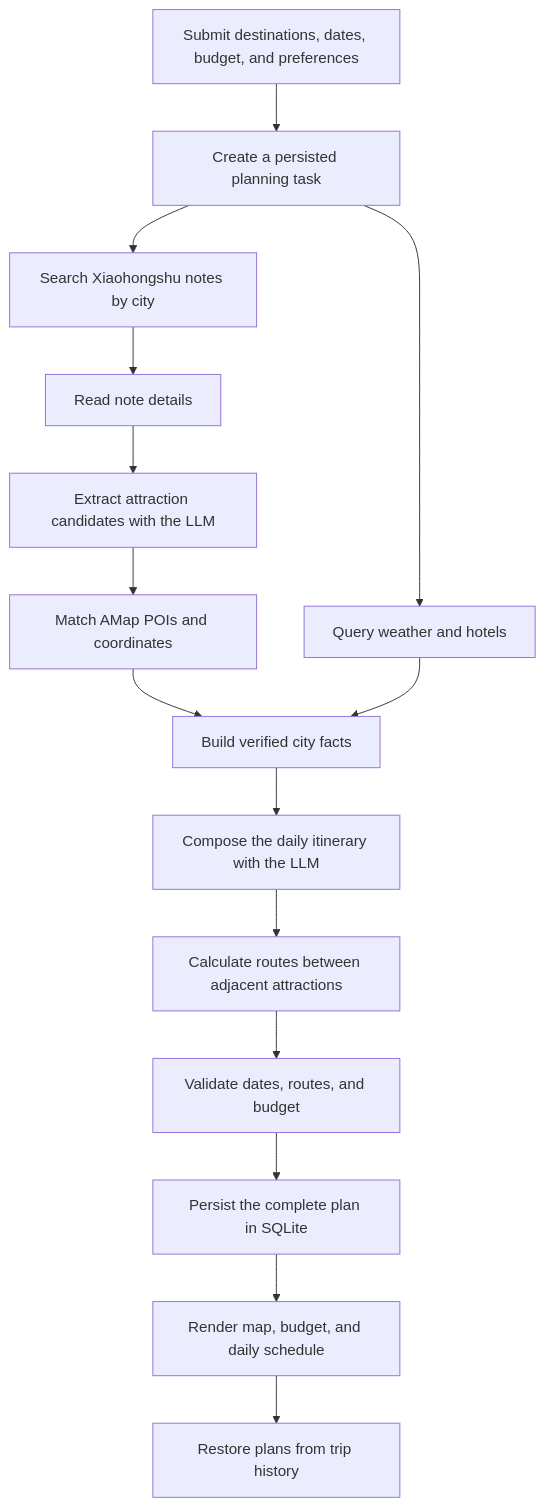
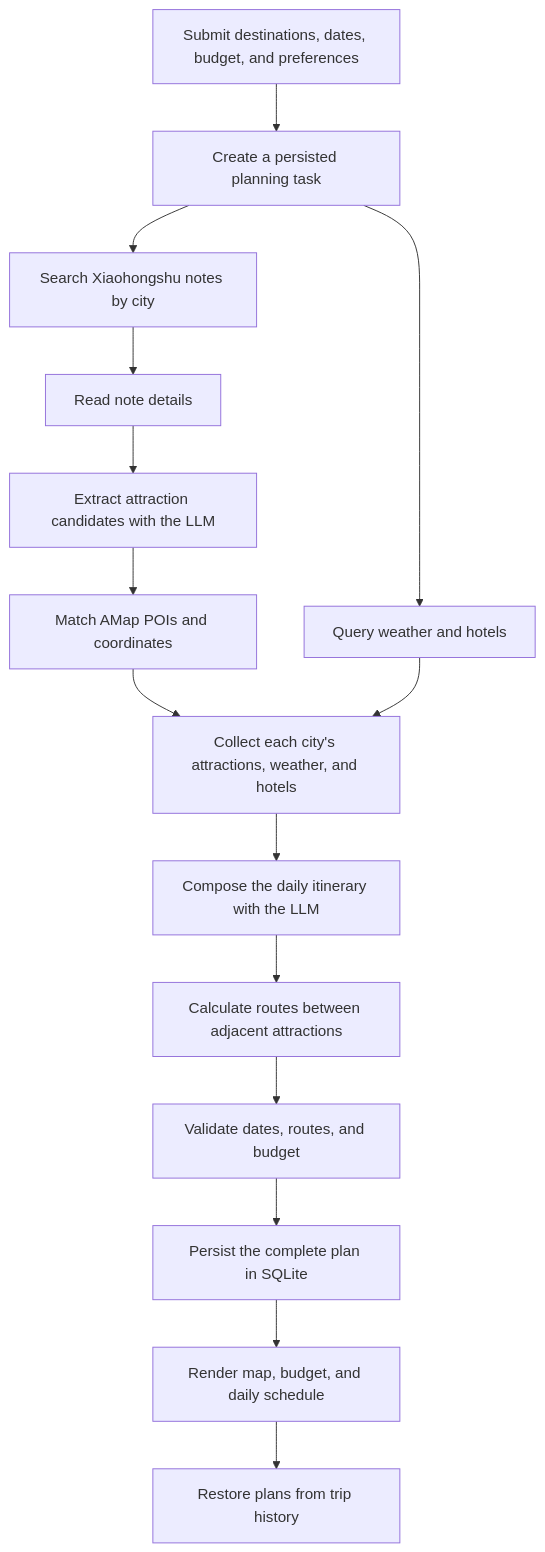
Before and after one commit to dolt-y/TravelMind-AI: the first of 2 diagrams in README_en.md, drawn with Mermaid. The commit also changed other lines of this file and 4 other files, not shown here.

````diff
--- a/README_en.md
+++ b/README_en.md
@@ -238,17 +240,17 @@
 ```mermaid
 flowchart TD
     A["Submit destinations, dates, budget, and preferences"] --> B["Create a persisted planning task"]
     B --> C["Search Xiaohongshu notes by city"]
     C --> D["Read note details"]
     D --> E["Extract attraction candidates with the LLM"]
     E --> F["Match AMap POIs and coordinates"]
     B --> G["Query weather and hotels"]
-    F --> H["Build verified city facts"]
+    F --> H["Collect each city's attractions, weather, and hotels"]
     G --> H
     H --> I["Compose the daily itinerary with the LLM"]
     I --> J["Calculate routes between adjacent attractions"]
     J --> K["Validate dates, routes, and budget"]
     K --> L["Persist the complete plan in SQLite"]
     L --> M["Render map, budget, and daily schedule"]
     M --> N["Restore plans from trip history"]
 ```
````
